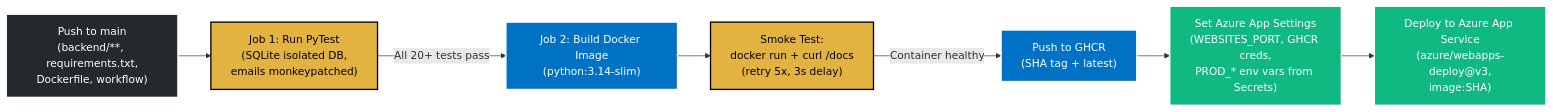
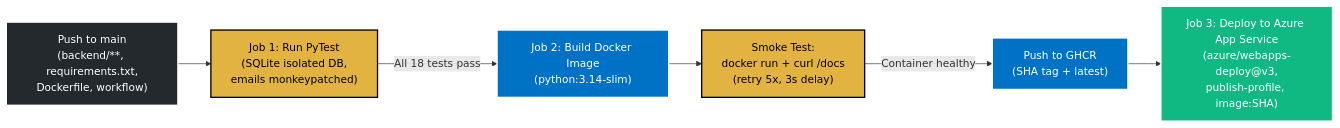
The sixth of 7 diagrams in docs/design_doc.md (Dhruv-Puri/2nd-year-Internship), drawn with Mermaid before and after one commit. The commit also changed other lines of this file, not shown here.

````diff
--- a/docs/design_doc.md
+++ b/docs/design_doc.md
@@ -338,15 +338,14 @@
 ```mermaid
 graph LR
     classDef git fill:#24292e,stroke:#fff,stroke-width:2px,color:#fff;
     classDef test fill:#e3b341,stroke:#000,stroke-width:2px,color:#000;
     classDef build fill:#0072C6,stroke:#fff,stroke-width:2px,color:#fff;
     classDef deploy fill:#10b981,stroke:#fff,stroke-width:2px,color:#fff;
 
     Push["Push to main<br/>(backend/**, requirements.txt,<br/>Dockerfile, workflow)"]:::git
     Push --> Test["Job 1: Run PyTest<br/>(SQLite isolated DB,<br/>emails monkeypatched)"]:::test
-    Test -->|"All 20+ tests pass"| Build["Job 2: Build Docker Image<br/>(python:3.14-slim)"]:::build
+    Test -->|"All 18 tests pass"| Build["Job 2: Build Docker Image<br/>(python:3.14-slim)"]:::build
     Build --> Smoke["Smoke Test:<br/>docker run + curl /docs<br/>(retry 5x, 3s delay)"]:::test
     Smoke -->|"Container healthy"| PushGHCR["Push to GHCR<br/>(SHA tag + latest)"]:::build
-    PushGHCR --> Settings["Set Azure App Settings<br/>(WEBSITES_PORT, GHCR creds,<br/>PROD_* env vars from Secrets)"]:::deploy
-    Settings --> Deploy["Deploy to Azure App Service<br/>(azure/webapps-deploy@v3,<br/>image:SHA)"]:::deploy
+    PushGHCR --> Deploy["Job 3: Deploy to Azure App Service<br/>(azure/webapps-deploy@v3,<br/>publish-profile, image:SHA)"]:::deploy
 ```
````
